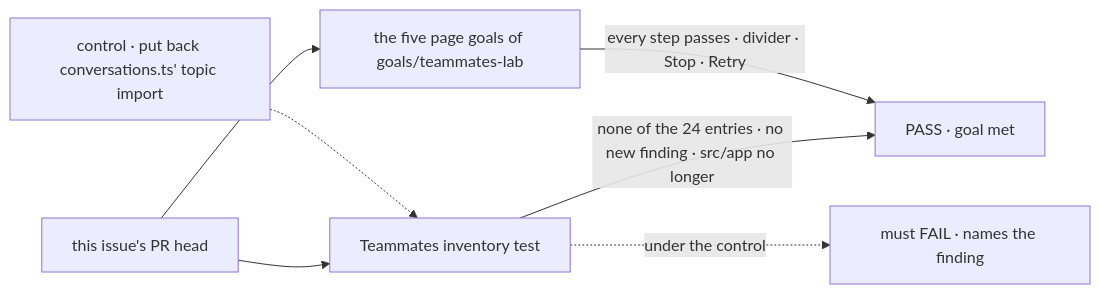
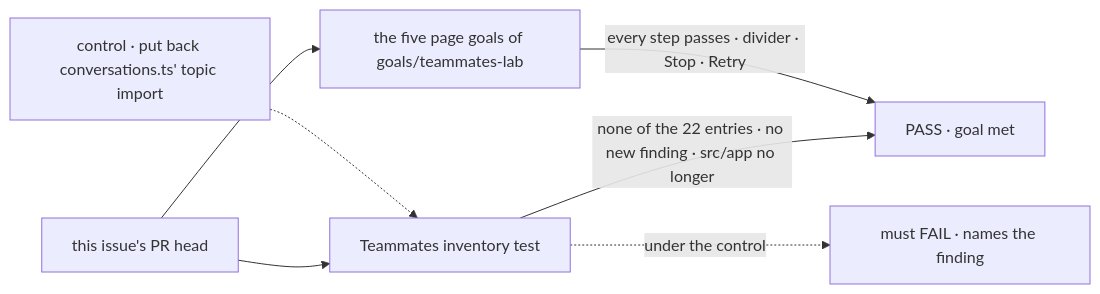
Before and after one commit to fixpoint-labs/flow-state-dev: the first of 2 diagrams in specs/issues/FIX-2772/SPEC.md, drawn with Mermaid. The commit also changed other lines of this file and 4 other files, not shown here.

````diff
--- a/specs/issues/FIX-2772/SPEC.md
+++ b/specs/issues/FIX-2772/SPEC.md
@@ -34,9 +34,9 @@
 ```mermaid
 flowchart LR
   B["this issue's PR head"] --> I["Teammates inventory test"]
   B --> G["the five page goals of goals/teammates-lab"]
-  I -->|"none of the 24 entries · no new finding · src/app no longer"| P["PASS · goal met"]
+  I -->|"none of the 22 entries · no new finding · src/app no longer"| P["PASS · goal met"]
   G -->|"every step passes · divider · Stop · Retry"| P
   C["control · put back conversations.ts' topic import"] -.-> I
   I -.->|"under the control"| F["must FAIL · names the finding"]
 ```
````
